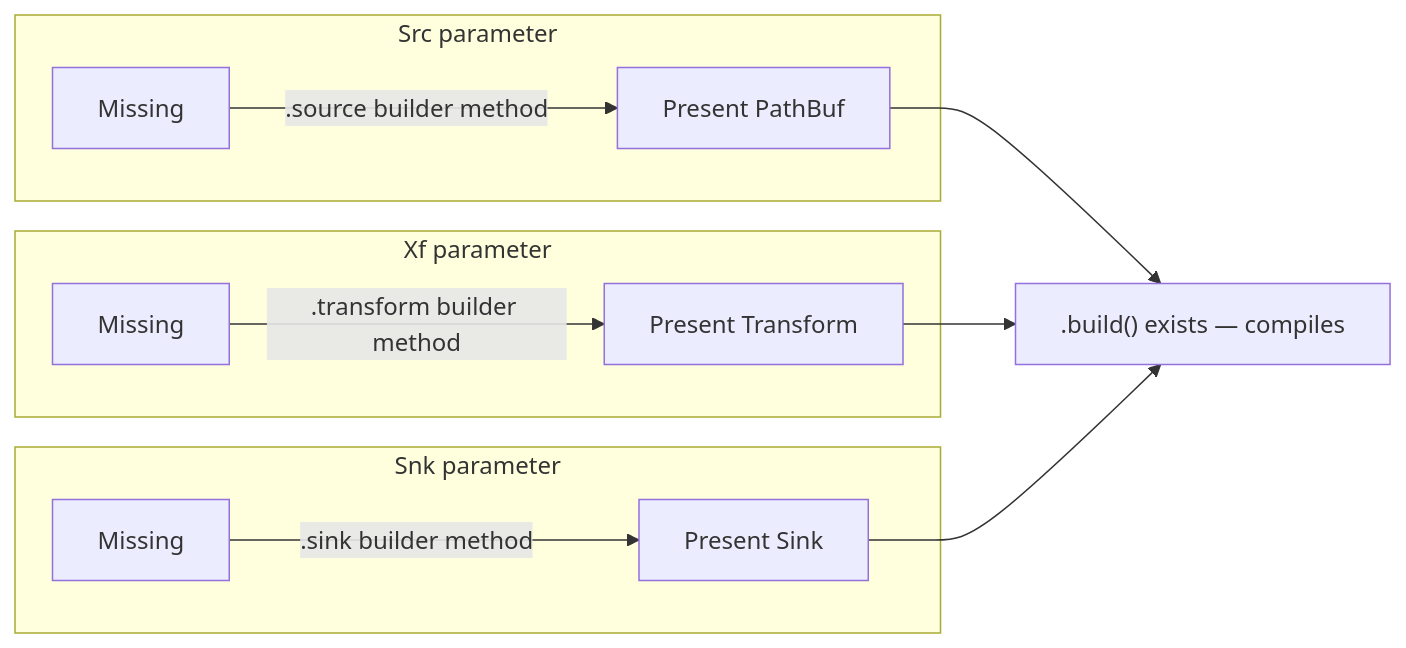
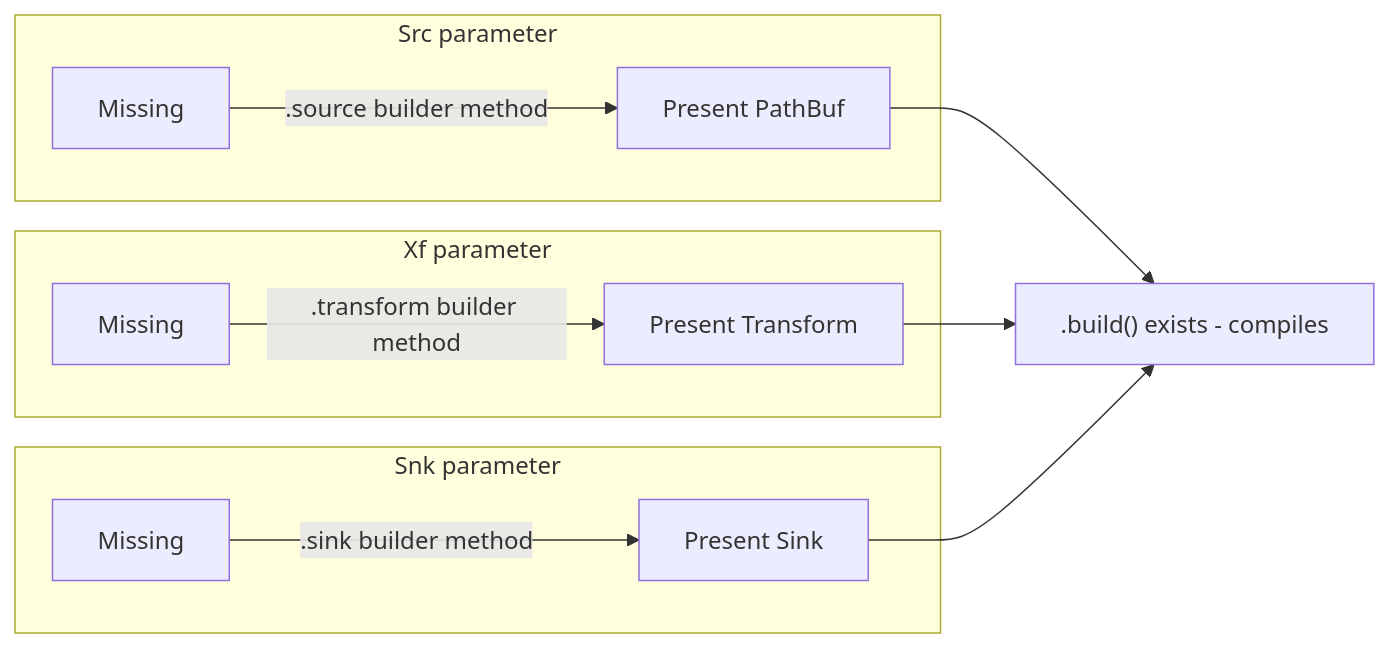
One commit to com-vitthalmirji/datacrate changed the diagram in book/src/typestate.md. Above: the diagram before and after it, drawn with Mermaid. The commit also changed other lines of this file and 14 other files, not shown here.

````diff
--- a/book/src/typestate.md
+++ b/book/src/typestate.md
@@ -76,15 +76,15 @@
 ```mermaid
 flowchart LR
     subgraph Src[Src parameter]
         S0[Missing] -->|.source builder method| S1[Present PathBuf]
     end
     subgraph Xf[Xf parameter]
         X0[Missing] -->|.transform builder method| X1[Present Transform]
     end
     subgraph Snk[Snk parameter]
         K0[Missing] -->|.sink builder method| K1[Present Sink]
     end
-    S1 --> B[".build() exists — compiles"]
+    S1 --> B[".build() exists - compiles"]
     X1 --> B
     K1 --> B
 ```
````
